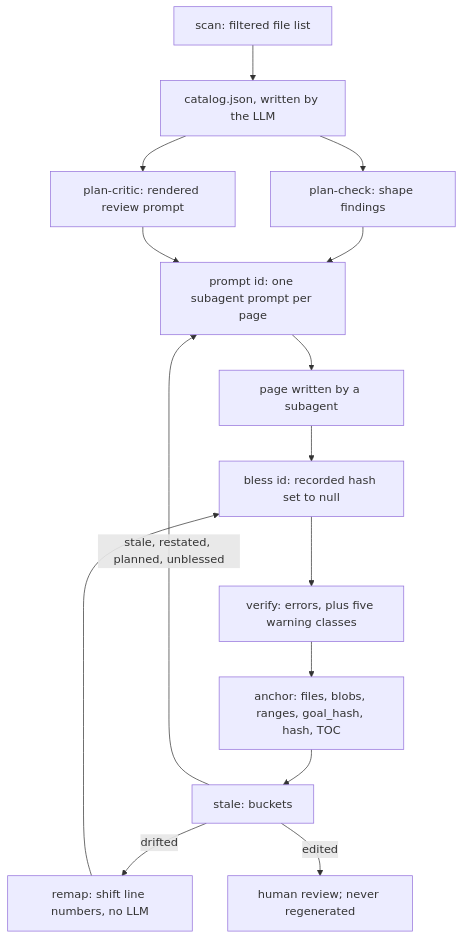
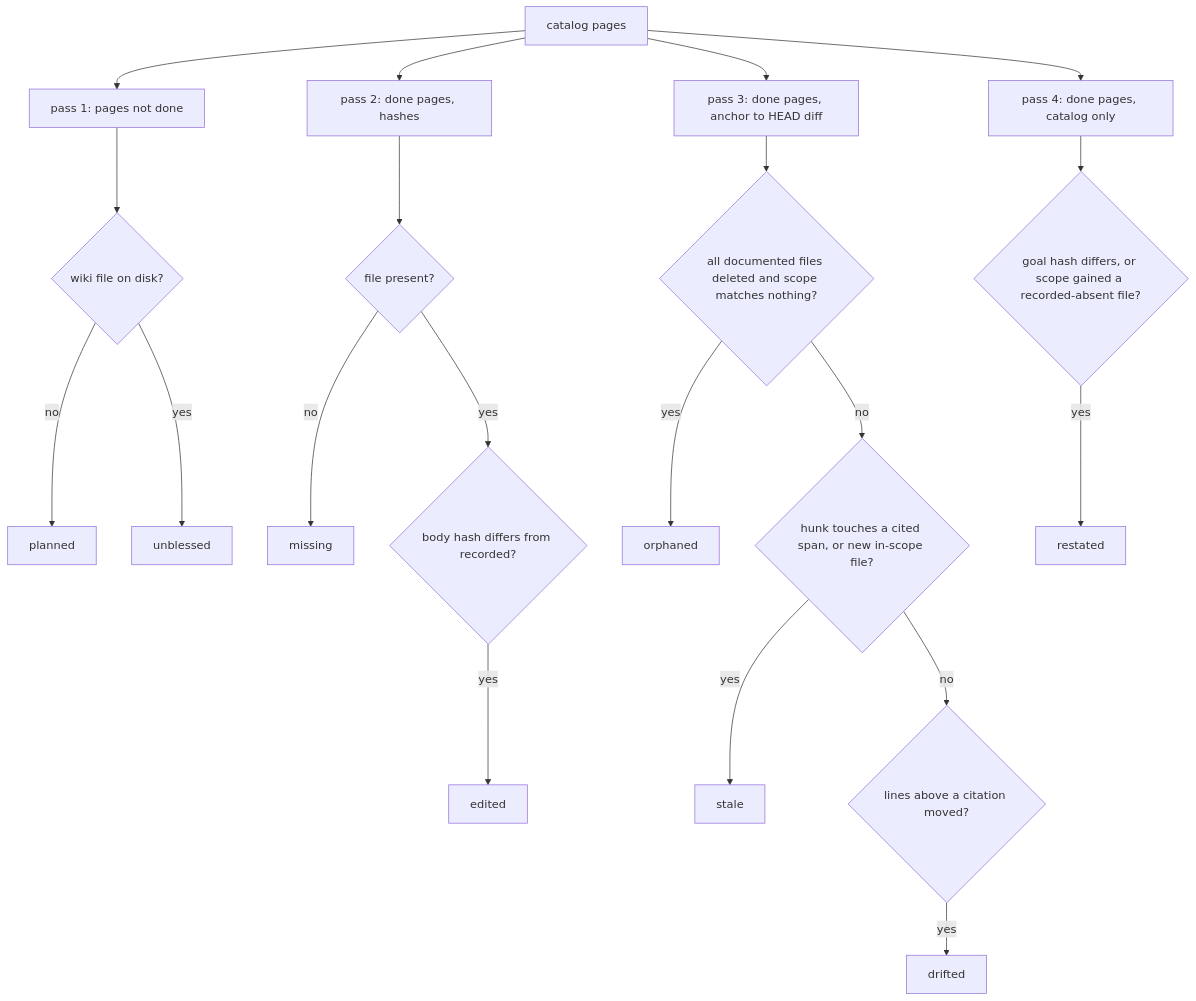
The diagram in .akashic/wiki/deterministic-core.md (ARMeeru/akashic-record), drawn with Mermaid before and after one commit. The commit also changed other lines of this file and 3 other files, not shown here.

````diff
--- a/.akashic/wiki/deterministic-core.md
+++ b/.akashic/wiki/deterministic-core.md
@@ -17,17 +42,23 @@
 ```mermaid
 flowchart TD
-    S[scan: filtered file list] --> C[catalog.json, written by the LLM]
-    C --> PC[plan-check: shape findings]
-    C --> PK[plan-critic: rendered review prompt]
-    PC --> P[prompt id: one subagent prompt per page]
-    PK --> P
-    P --> W[page written by a subagent]
-    W --> B[bless id: recorded hash set to null]
-    B --> V[verify: errors, plus five warning classes]
-    V --> A[anchor: files, blobs, ranges, goal_hash, hash, TOC]
-    A --> ST[stale: buckets]
-    ST -->|stale, restated, planned, unblessed| P
-    ST -->|drifted| R[remap: shift line numbers, no LLM]
-    R --> B
-    ST -->|edited| H[human review; never regenerated]
+  P[catalog pages]
+  P --> Q[pass 1: pages not done]
+  Q --> Q1{wiki file on disk?}
+  Q1 -- no --> B1[planned]
+  Q1 -- yes --> B2[unblessed]
+  P --> R[pass 2: done pages, hashes]
+  R --> R1{file present?}
+  R1 -- no --> B3[missing]
+  R1 -- yes --> R2{body hash differs from recorded?}
+  R2 -- yes --> B4[edited]
+  P --> S[pass 3: done pages, anchor to HEAD diff]
+  S --> S1{all documented files deleted and scope matches nothing?}
+  S1 -- yes --> B5[orphaned]
+  S1 -- no --> S2{hunk touches a cited span, or new in-scope file?}
+  S2 -- yes --> B6[stale]
+  S2 -- no --> S3{lines above a citation moved?}
+  S3 -- yes --> B7[drifted]
+  P --> T[pass 4: done pages, catalog only]
+  T --> T1{goal hash differs, or scope gained a recorded-absent file?}
+  T1 -- yes --> B8[restated]
 ```
````
